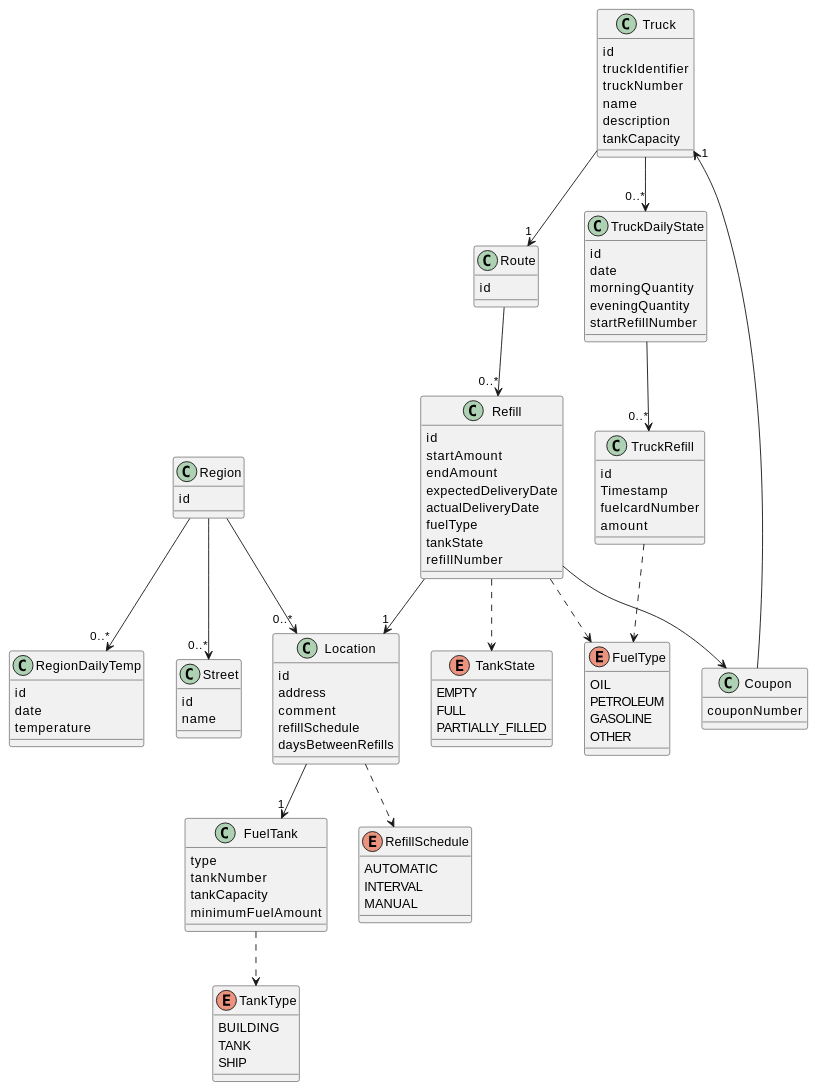
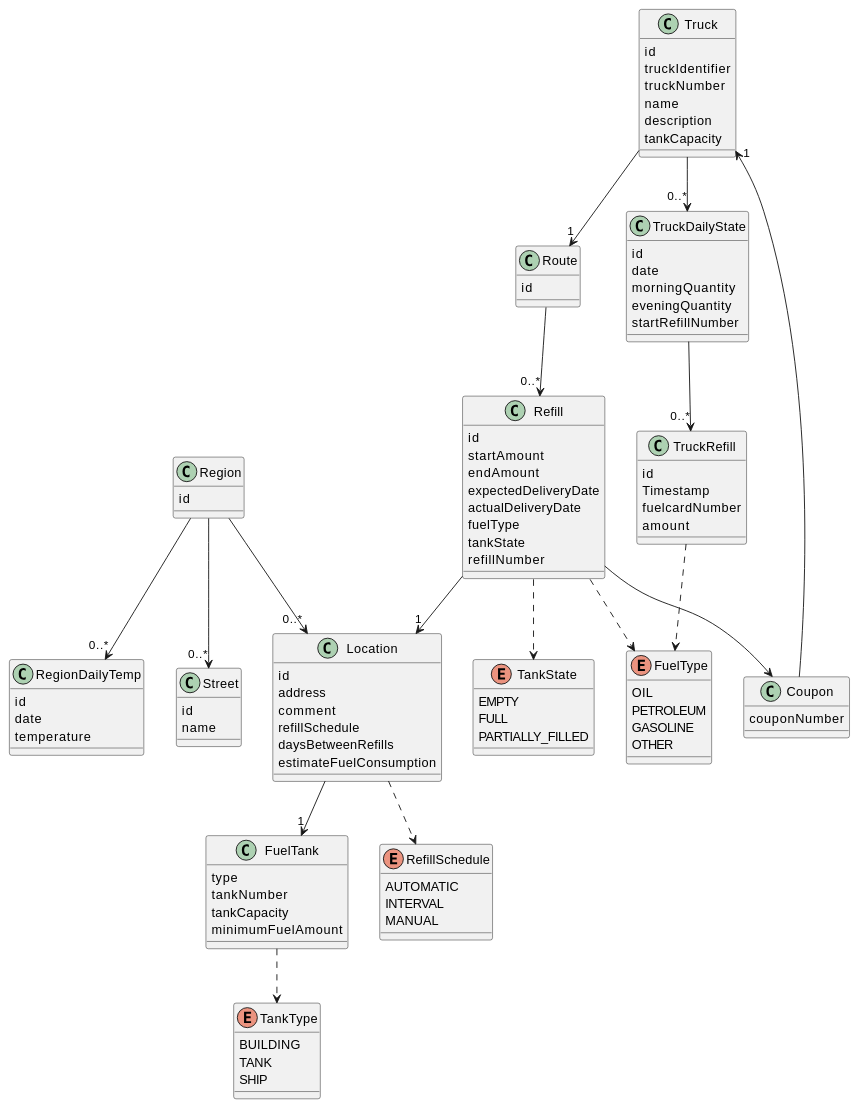
Before and after one commit to IT-Minds/client_comby_oilcontrols: the diagram in docs/entity-datamodel.md, drawn with PlantUML. The commit also changed 3 other files, not shown here.

```diff
--- a/docs/entity-datamodel.md
+++ b/docs/entity-datamodel.md
@@ -23,6 +23,7 @@
   comment
   refillSchedule
   daysBetweenRefills
+  estimateFuelConsumption
 }
 
 class FuelTank {
```
